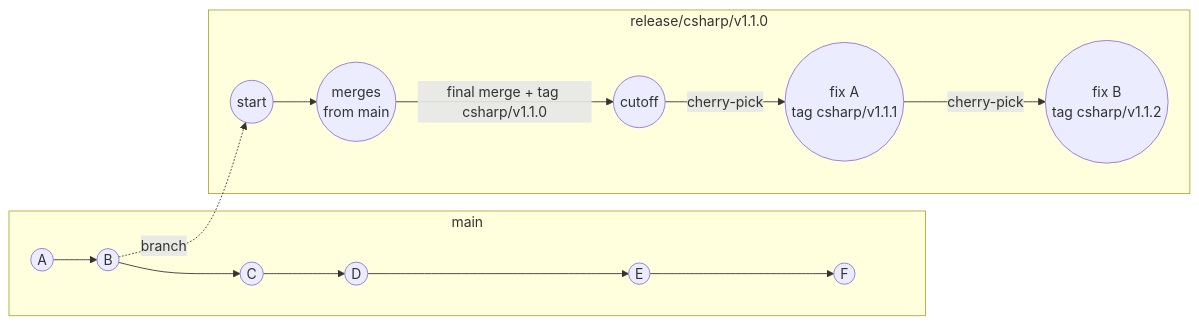
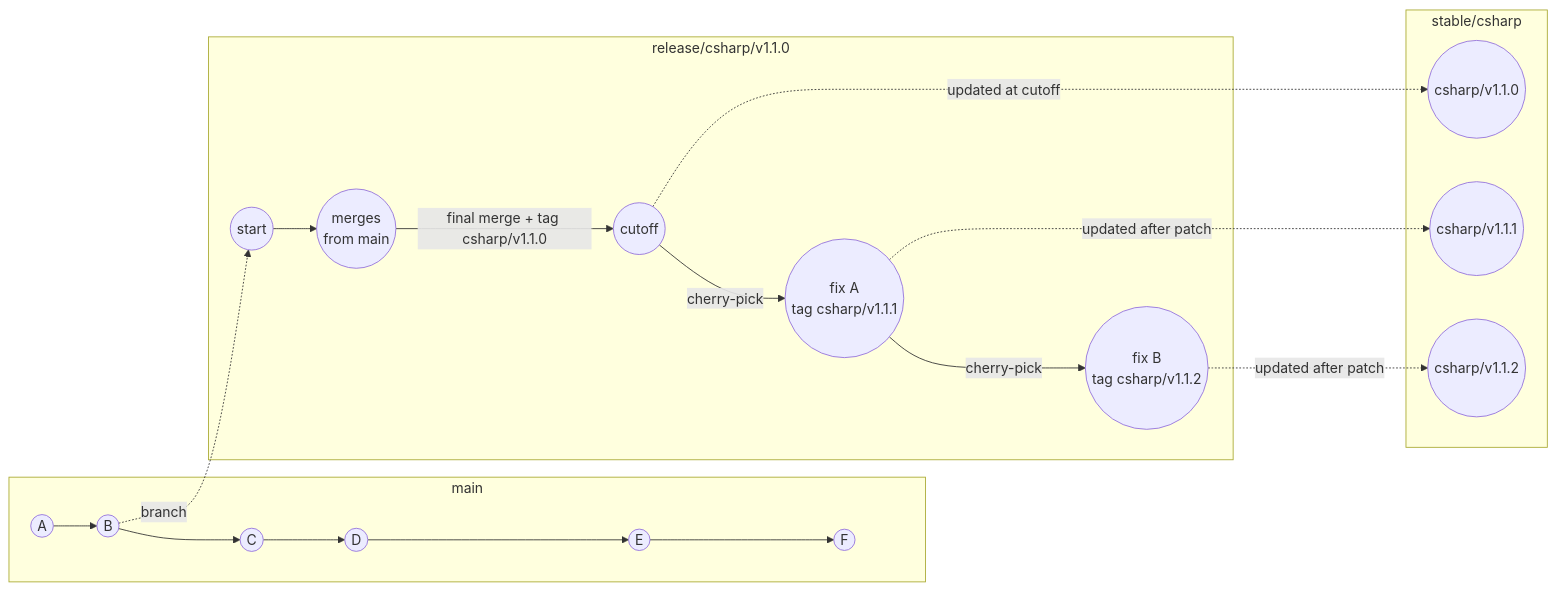
The diagram in csharp/RELEASE_PROCESS.md (adbc-drivers/databricks), drawn with Mermaid before and after one commit.

Commit message:
docs(csharp): add stable/csharp to lifecycle diagram

````diff
--- a/csharp/RELEASE_PROCESS.md
+++ b/csharp/RELEASE_PROCESS.md
@@ -52,13 +52,18 @@
 ```mermaid
 flowchart LR
     subgraph main
         A((A)) --> B((B)) --> C((C)) --> D((D)) --> E((E)) --> F((F))
     end
     subgraph release/csharp/v1.1.0
         B -.->|branch| R1((start))
         R1 --> R2((merges\nfrom main))
         R2 -->|final merge + tag csharp/v1.1.0| R3((cutoff))
         R3 -->|cherry-pick| R4((fix A\ntag csharp/v1.1.1))
         R4 -->|cherry-pick| R5((fix B\ntag csharp/v1.1.2))
     end
+    subgraph stable/csharp
+        R3 -.->|updated at cutoff| S1((csharp/v1.1.0))
+        R4 -.->|updated after patch| S2((csharp/v1.1.1))
+        R5 -.->|updated after patch| S3((csharp/v1.1.2))
+    end
 ```
````
